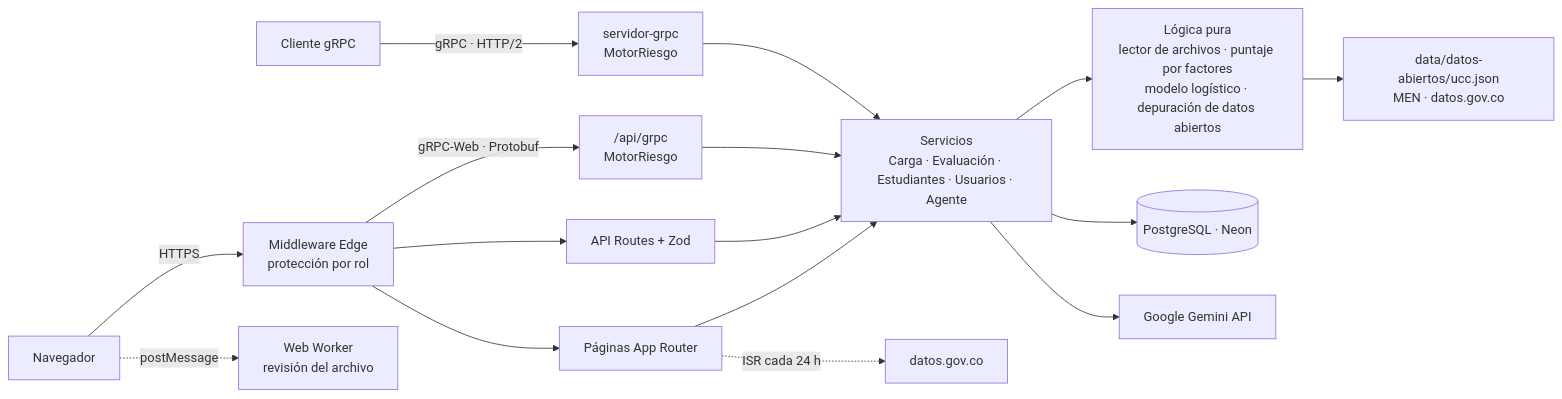
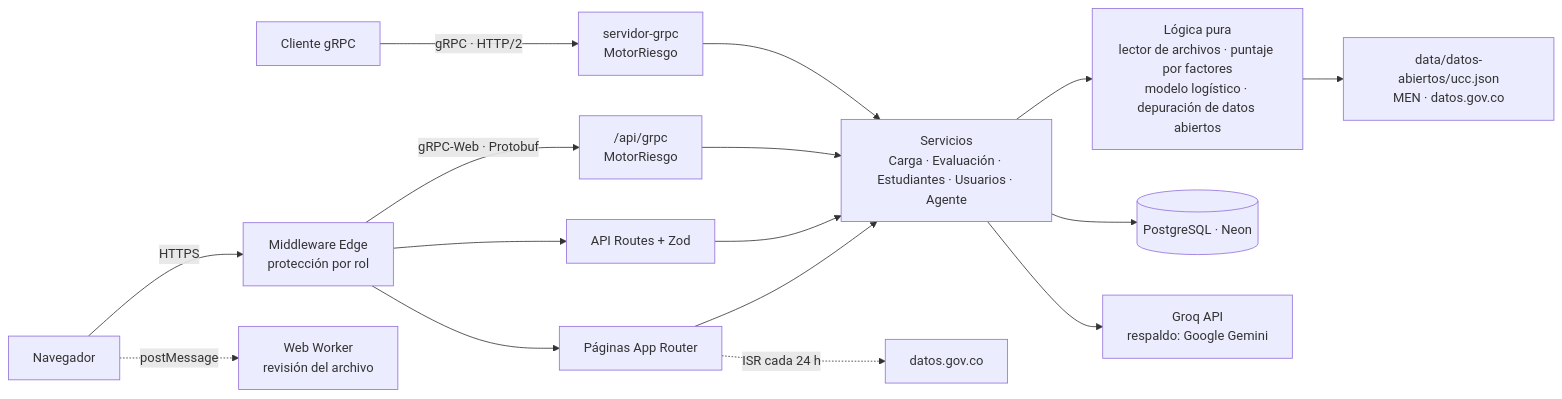
One commit to Jhoan-Pd/DesercionUCC changed the diagram in README.md. Above: the diagram before and after it, drawn with Mermaid. The commit also changed other lines of this file and 18 other files, not shown here.

First line of the commit message:
feat(agente): Groq como proveedor principal de IA, con Gemini de respaldo automático

````diff
--- a/README.md
+++ b/README.md
@@ -134,18 +138,18 @@
 ```mermaid
 flowchart LR
     U[Navegador] -->|HTTPS| MW[Middleware Edge<br/>protección por rol]
     MW --> P[Páginas App Router]
     MW --> API[API Routes + Zod]
     P --> S[Servicios<br/>Carga · Evaluación · Estudiantes · Usuarios · Agente]
     API --> S
     S --> L[Lógica pura<br/>lector de archivos · puntaje por factores<br/>modelo logístico · depuración de datos abiertos]
     S --> DB[(PostgreSQL · Neon)]
-    S --> G[Google Gemini API]
+    S --> G[Groq API<br/>respaldo: Google Gemini]
     L --> DA[data/datos-abiertos/ucc.json<br/>MEN · datos.gov.co]
     MW -->|gRPC-Web · Protobuf| GW["/api/grpc<br/>MotorRiesgo"]
     GW --> S
     CLI[Cliente gRPC] -->|gRPC · HTTP/2| SG[servidor-grpc<br/>MotorRiesgo]
     SG --> S
     U -.->|postMessage| WW[Web Worker<br/>revisión del archivo]
     P -.->|ISR cada 24 h| DGC[datos.gov.co]
 ```
````
